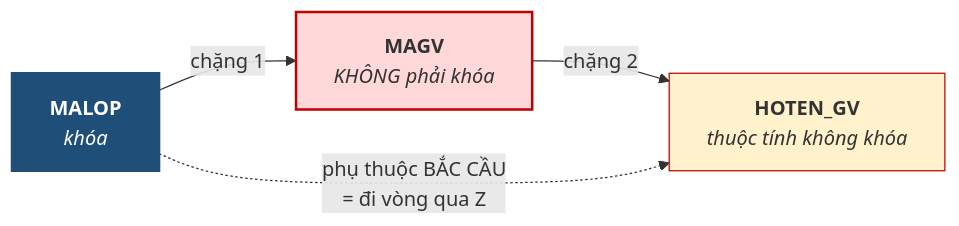
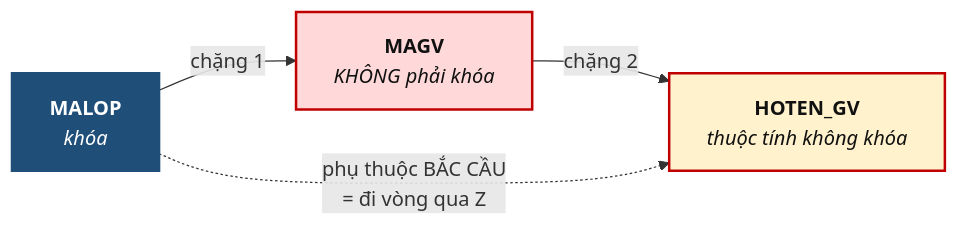
Before and after one commit to CuongNguyenDAU/csdl-dbs201: the second of 2 diagrams in docs/chuong-5/5-2-ba-loai-phu-thuoc-ham.md, drawn with Mermaid. The commit also changed other lines of this file and 123 other files, not shown here.

Commit message:
Cập nhật bài giảng v7: sơ đồ ER ký pháp Chen, hình minh họa tự vẽ, mở rộng toàn diện Chương 5 và bổ sung lời giải A4, B5

````diff
--- a/docs/chuong-5/5-2-ba-loai-phu-thuoc-ham.md
+++ b/docs/chuong-5/5-2-ba-loai-phu-thuoc-ham.md
@@ -89,9 +85,9 @@
 ```mermaid
 flowchart LR
     K["<b>MALOP</b><br/><i>khóa</i>"] -->|"chặng 1"| Z["<b>MAGV</b><br/><i>KHÔNG phải khóa</i>"]
     Z -->|"chặng 2"| Y["<b>HOTEN_GV</b><br/><i>thuộc tính không khóa</i>"]
     K -.->|"phụ thuộc BẮC CẦU<br/>= đi vòng qua Z"| Y
-    style K fill:#1F4E79,color:#fff,stroke:#1F4E79,stroke-width:2px
-    style Z fill:#FFD9D9,stroke:#C00000,stroke-width:2px
-    style Y fill:#FFF2CC,stroke:#C00000
+    style K fill:#1F4E79,color:#ffffff,stroke:#1F4E79,stroke-width:2px
+    style Z fill:#FFD9D9,color:#111111,stroke:#C00000,stroke-width:2px
+    style Y fill:#FFF2CC,color:#111111,stroke:#C00000,stroke-width:2px
 ```
````
